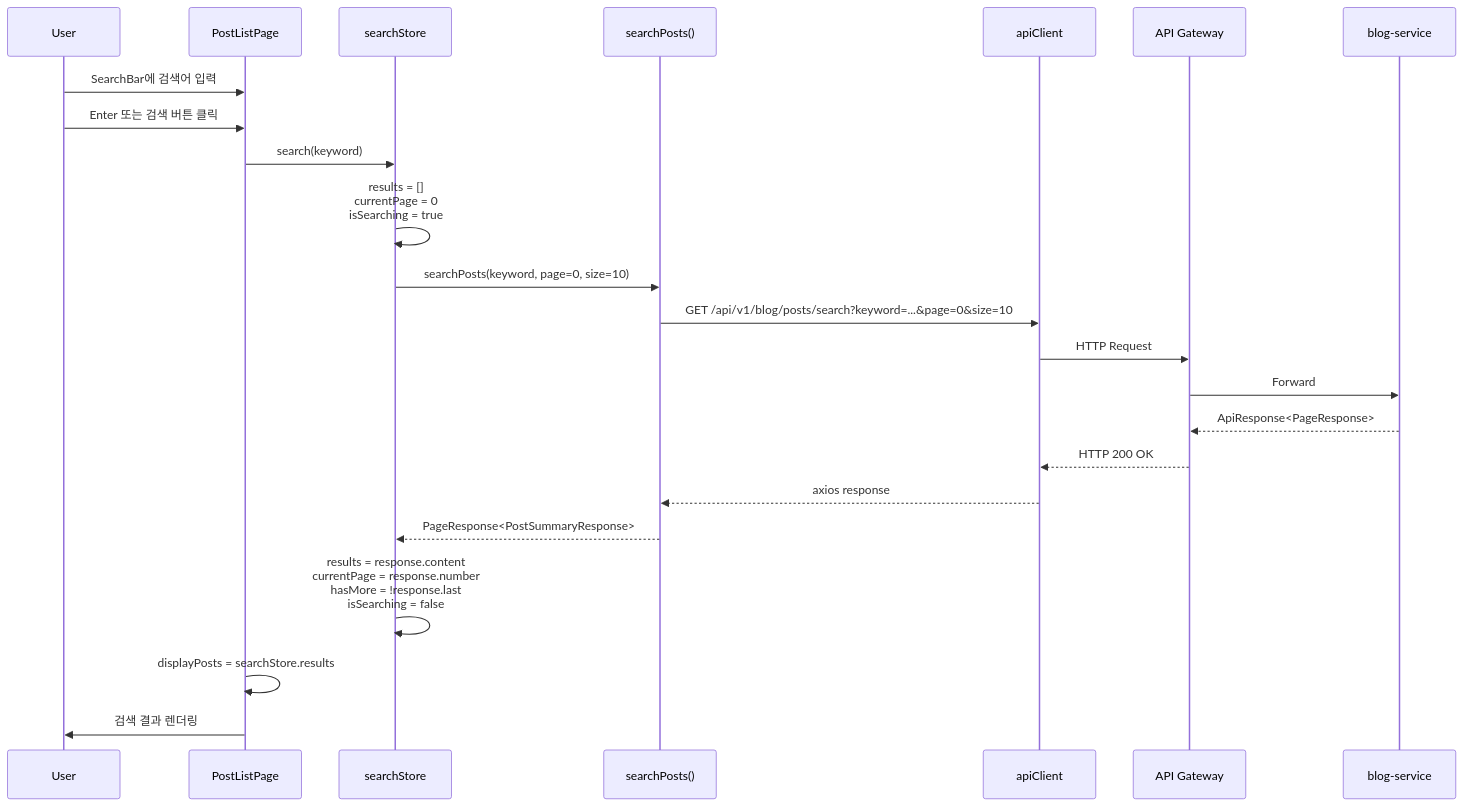
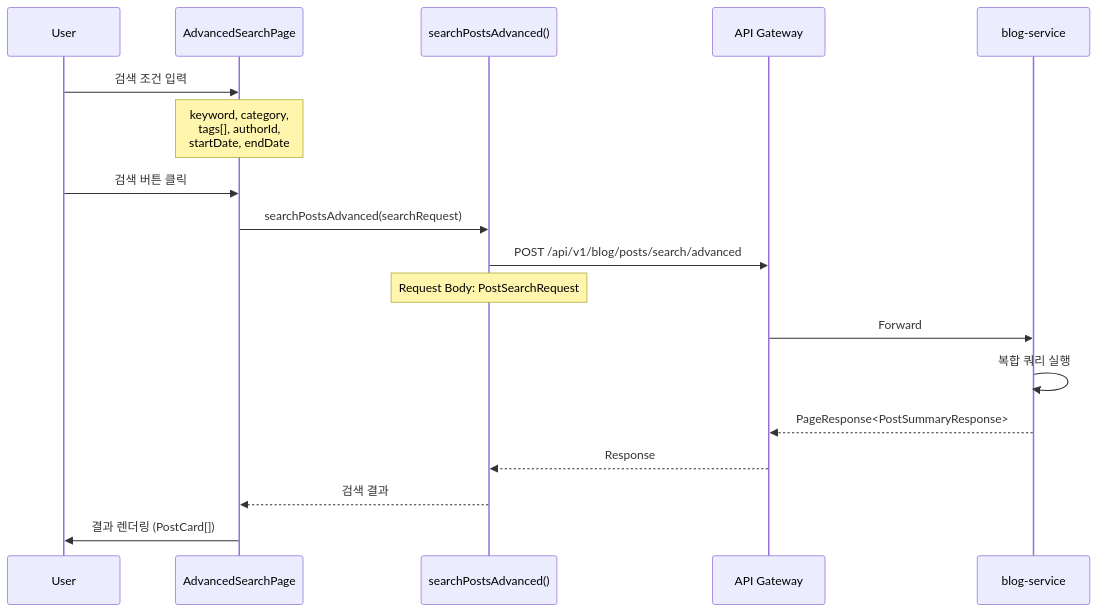
One commit to L-a-z-e/portal-universe changed the ninth of 13 diagrams in docs/architecture/blog-frontend/data-flow.md. Above: the diagram before and after it, drawn with Mermaid. The commit also changed other lines of this file and 3 other files, not shown here.

First line of the commit message:
docs(architecture): rewrite blog-frontend docs to match actual codebase

````diff
--- a/docs/architecture/blog-frontend/data-flow.md
+++ b/docs/architecture/blog-frontend/data-flow.md
@@ -253,26 +338,22 @@
 ```mermaid
 sequenceDiagram
     participant U as User
-    participant C as PostListPage
-    participant SS as searchStore
-    participant A as searchPosts()
-    participant AC as apiClient
-    participant G as API Gateway
-    participant S as blog-service
+    participant C as AdvancedSearchPage
+    participant API as searchPostsAdvanced()
+    participant GW as API Gateway
+    participant BS as blog-service
 
-    U->>C: SearchBar에 검색어 입력
-    U->>C: Enter 또는 검색 버튼 클릭
-    C->>SS: search(keyword)
-    SS->>SS: results = []<br/>currentPage = 0<br/>isSearching = true
-    SS->>A: searchPosts(keyword, page=0, size=10)
-    A->>AC: GET /api/v1/blog/posts/search?keyword=...&page=0&size=10
-    AC->>G: HTTP Request
-    G->>S: Forward
-    S-->>G: ApiResponse<PageResponse>
-    G-->>AC: HTTP 200 OK
-    AC-->>A: axios response
-    A-->>SS: PageResponse<PostSummaryResponse>
-    SS->>SS: results = response.content<br/>currentPage = response.number<br/>hasMore = !response.last<br/>isSearching = false
-    C->>C: displayPosts = searchStore.results
-    C->>U: 검색 결과 렌더링
+    U->>C: 검색 조건 입력
+    Note over C: keyword, category,<br/>tags[], authorId,<br/>startDate, endDate
+
+    U->>C: 검색 버튼 클릭
+    C->>API: searchPostsAdvanced(searchRequest)
+    API->>GW: POST /api/v1/blog/posts/search/advanced
+    Note over API: Request Body: PostSearchRequest
+    GW->>BS: Forward
+    BS->>BS: 복합 쿼리 실행
+    BS-->>GW: PageResponse<PostSummaryResponse>
+    GW-->>API: Response
+    API-->>C: 검색 결과
+    C->>U: 결과 렌더링 (PostCard[])
 ```
````
